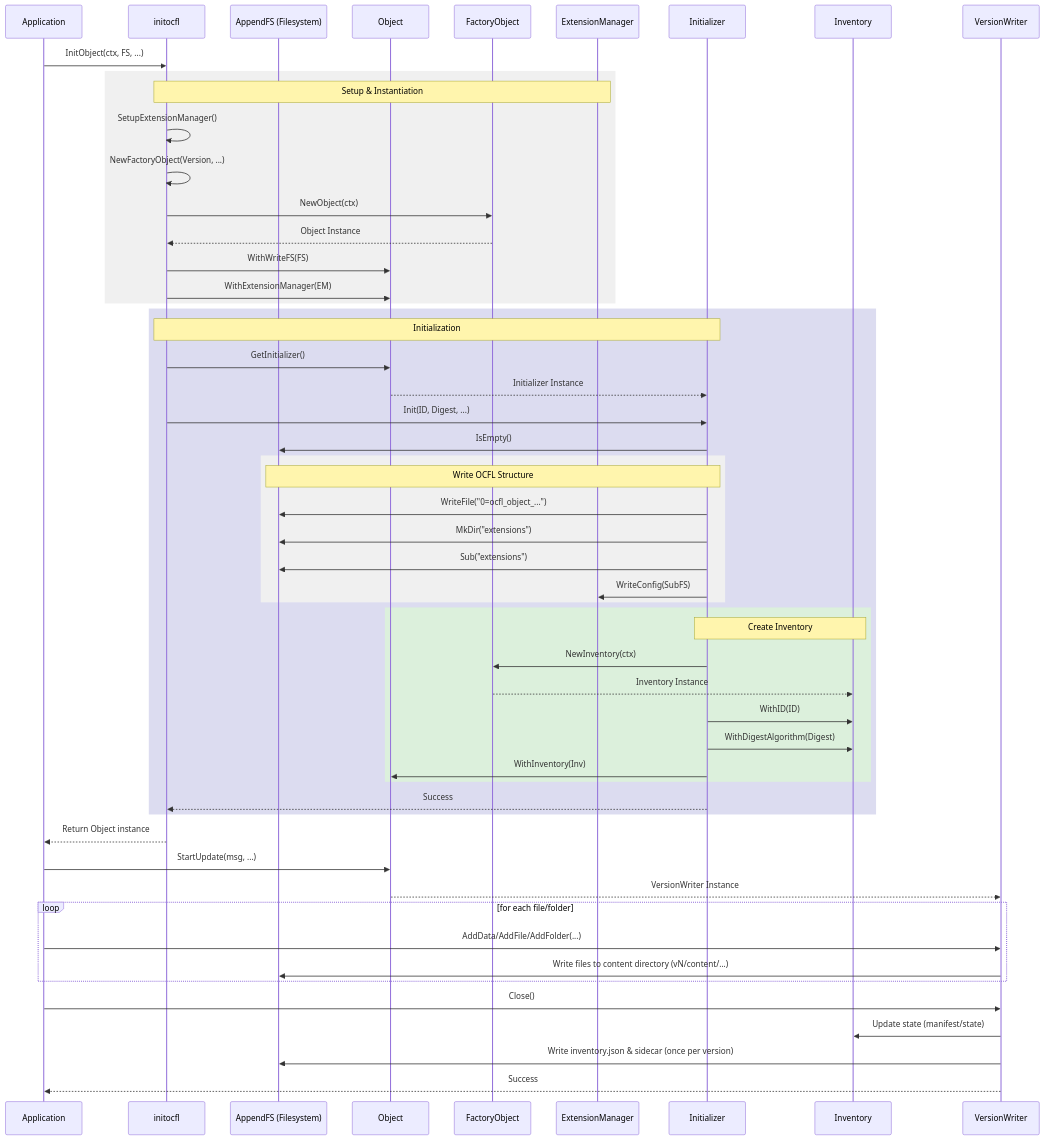
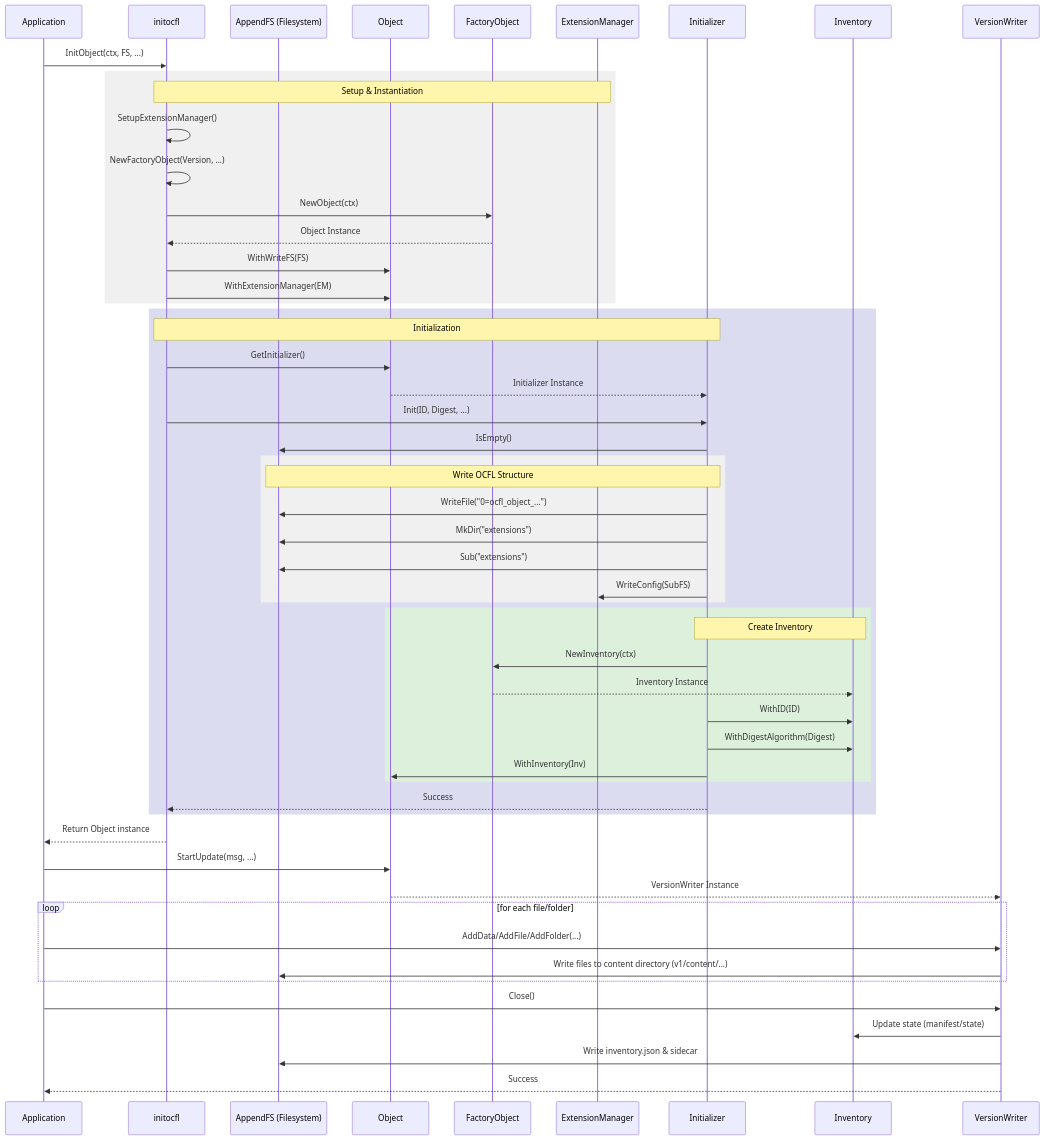
One commit to ocfl-archive/gocfl changed the diagram in pkg/ocfl/object/docs/create_sequence.md. Above: the diagram before and after it, drawn with Mermaid. The commit also changed other lines of this file and 25 other files, not shown here.

````diff
--- a/pkg/ocfl/object/docs/create_sequence.md
+++ b/pkg/ocfl/object/docs/create_sequence.md
@@ -9,65 +9,65 @@
 ```mermaid
 sequenceDiagram
     participant App as Application
     participant Init as initocfl
     participant FS as AppendFS (Filesystem)
     participant Obj as Object
     participant Factory as FactoryObject
     participant EM as ExtensionManager
     participant Initializer as Initializer
     participant Inv as Inventory
     participant VW as VersionWriter
 
     App->>Init: InitObject(ctx, FS, ...)
     
     rect rgb(240, 240, 240)
     Note over Init, EM: Setup & Instantiation
     Init->>Init: SetupExtensionManager()
     Init->>Init: NewFactoryObject(Version, ...)
     Init->>Factory: NewObject(ctx)
     Factory-->>Init: Object Instance
     Init->>Obj: WithWriteFS(FS)
     Init->>Obj: WithExtensionManager(EM)
     end
 
     rect rgb(220, 220, 240)
     Note over Init, Initializer: Initialization
     Init->>Obj: GetInitializer()
     Obj-->>Initializer: Initializer Instance
     Init->>Initializer: Init(ID, Digest, ...)
     
     Initializer->>FS: IsEmpty()
     
     rect rgb(240, 240, 240)
     Note over Initializer, FS: Write OCFL Structure
     Initializer->>FS: WriteFile("0=ocfl_object_...")
     Initializer->>FS: MkDir("extensions")
     Initializer->>FS: Sub("extensions")
     Initializer->>EM: WriteConfig(SubFS)
     end
     
     rect rgb(220, 240, 220)
     Note over Initializer, Inv: Create Inventory
     Initializer->>Factory: NewInventory(ctx)
     Factory-->>Inv: Inventory Instance
     Initializer->>Inv: WithID(ID)
     Initializer->>Inv: WithDigestAlgorithm(Digest)
     Initializer->>Obj: WithInventory(Inv)
     end
     
     Initializer-->>Init: Success
     end
     
     Init-->>App: Return Object instance
 
     App->>Obj: StartUpdate(msg, ...)
     Obj-->>VW: VersionWriter Instance
     loop for each file/folder
         App->>VW: AddData/AddFile/AddFolder(...)
-        VW->>FS: Write files to content directory (vN/content/...)
+        VW->>FS: Write files to content directory (v1/content/...)
     end
     App->>VW: Close()
     VW->>Inv: Update state (manifest/state)
-    VW->>FS: Write inventory.json & sidecar (once per version)
+    VW->>FS: Write inventory.json & sidecar
     VW-->>App: Success
 ```
````
